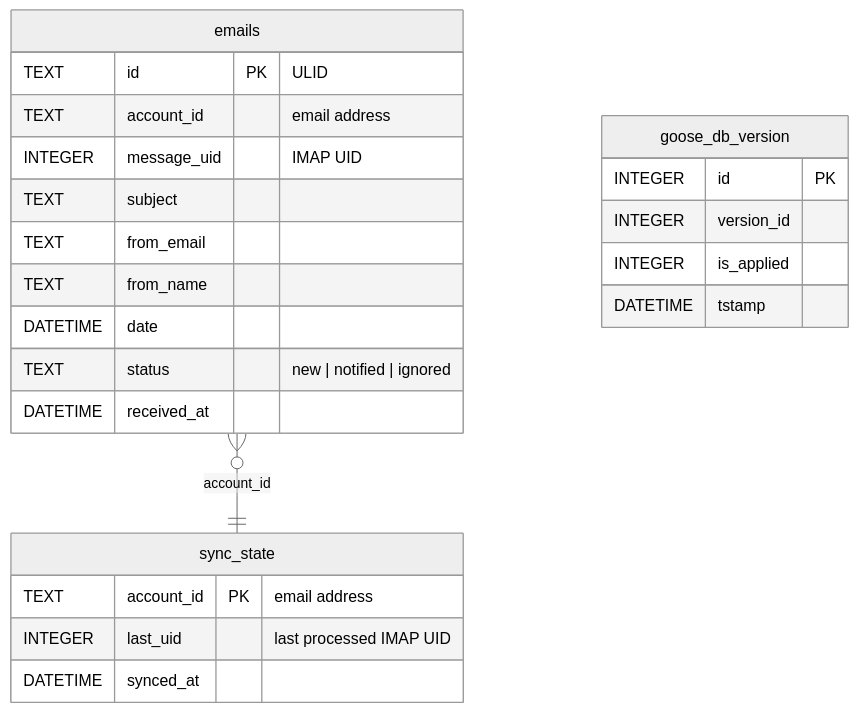
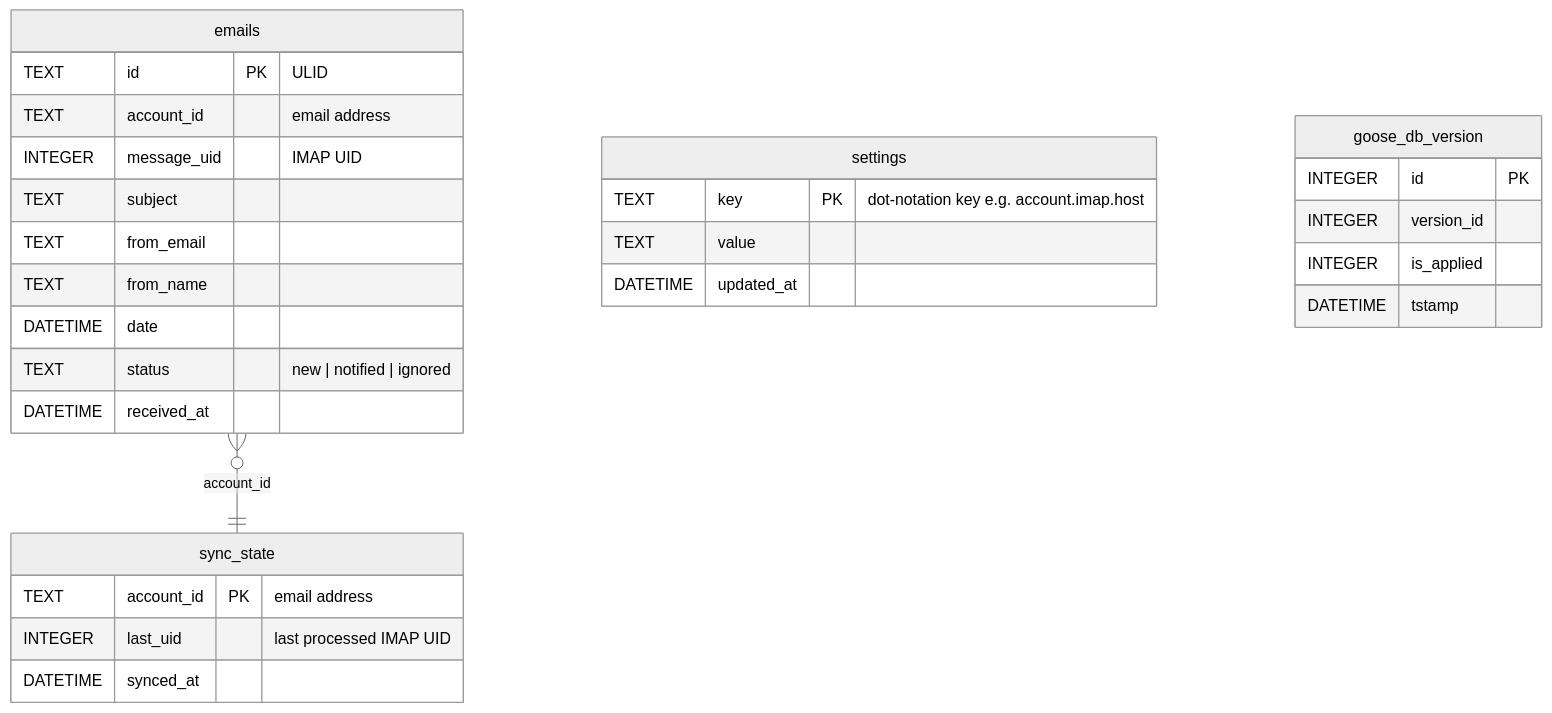
Before and after one commit to paperspell/email-assistant: the diagram in docs/db-schema.md, drawn with Mermaid (neutral theme). The commit also changed other lines of this file and 20 other files, not shown here.

````diff
--- a/docs/db-schema.md
+++ b/docs/db-schema.md
@@ -7,29 +7,35 @@
 ```mermaid
 erDiagram
     emails {
         TEXT id PK "ULID"
         TEXT account_id "email address"
         INTEGER message_uid "IMAP UID"
         TEXT subject
         TEXT from_email
         TEXT from_name
         DATETIME date
         TEXT status "new | notified | ignored"
         DATETIME received_at
     }
 
     sync_state {
         TEXT account_id PK "email address"
         INTEGER last_uid "last processed IMAP UID"
         DATETIME synced_at
     }
 
+    settings {
+        TEXT key PK "dot-notation key e.g. account.imap.host"
+        TEXT value
+        DATETIME updated_at
+    }
+
     goose_db_version {
         INTEGER id PK
         INTEGER version_id
         INTEGER is_applied
         DATETIME tstamp
     }
 
     emails }o--|| sync_state : "account_id"
 ```
````
